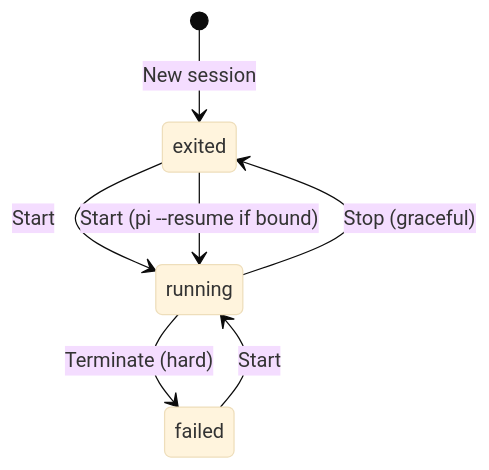
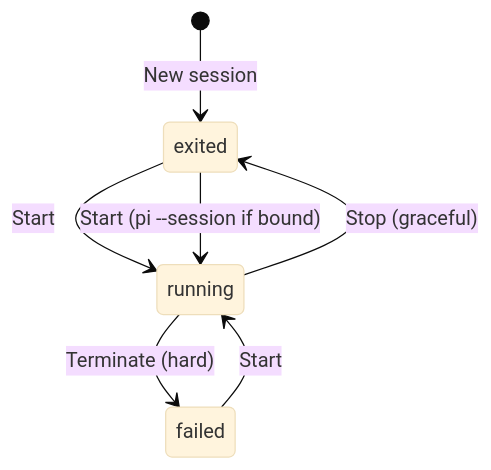
One commit to YannikG/twat-tool-wrapper-for-agent-tui changed the diagram in docs/specs/session/lifecycle.md. Above: the diagram before and after it, drawn with Mermaid (base theme). The commit also changed other lines of this file and 15 other files, not shown here.

````diff
--- a/docs/specs/session/lifecycle.md
+++ b/docs/specs/session/lifecycle.md
@@ -28,9 +28,9 @@
 ```mermaid
 stateDiagram-v2
     [*] --> exited: New session
     exited --> running: Start
     running --> exited: Stop (graceful)
     running --> failed: Terminate (hard)
-    exited --> running: Start (pi --resume if bound)
+    exited --> running: Start (pi --session if bound)
     failed --> running: Start
 ```
````
